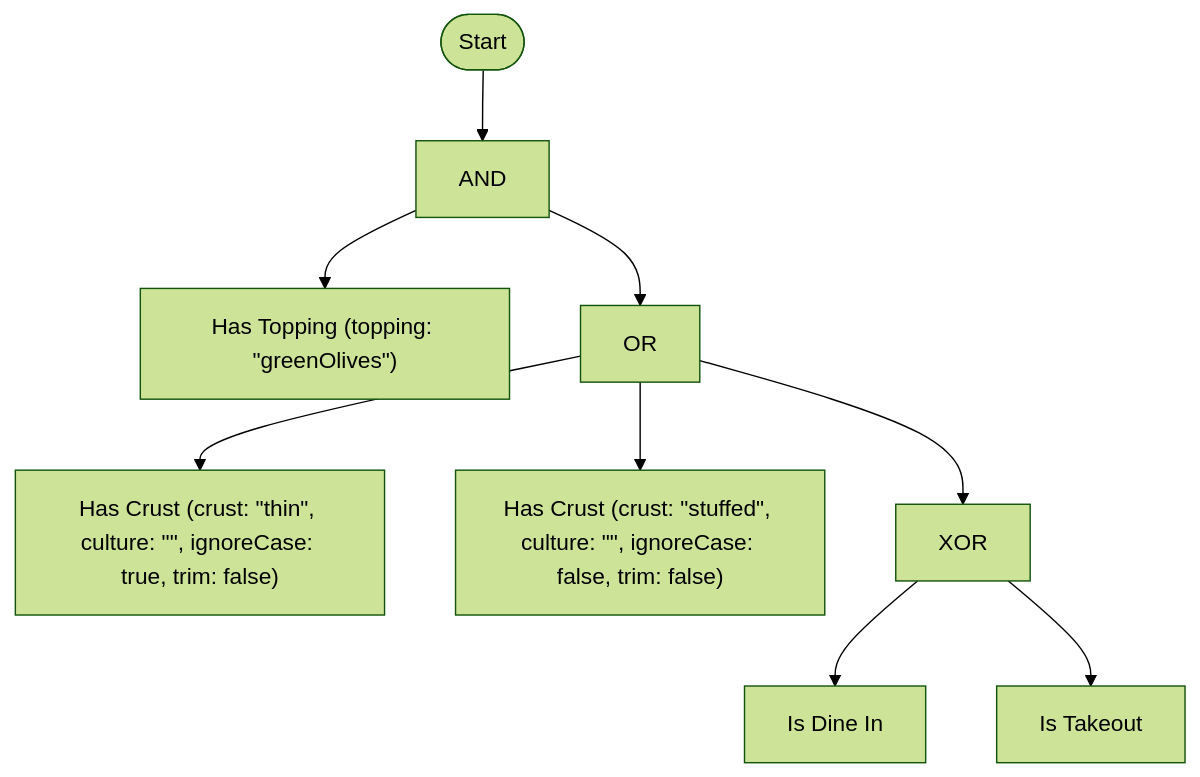
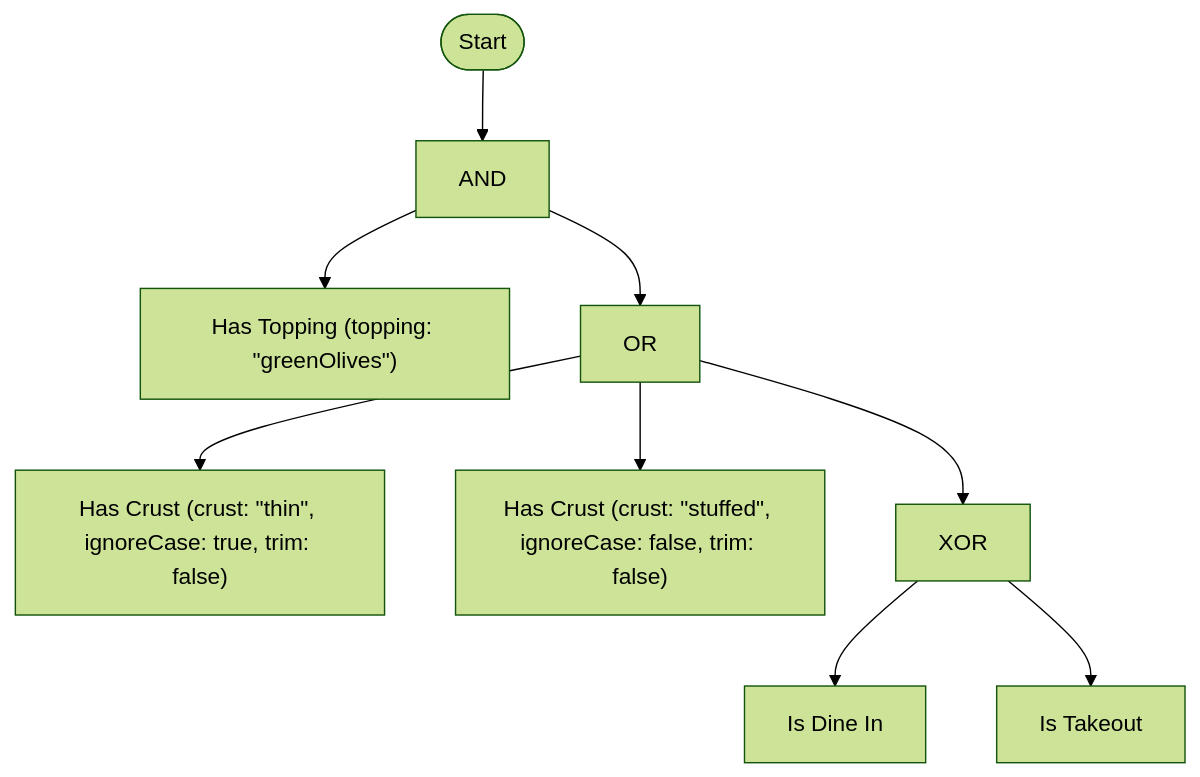
Before and after one commit to rheone/TruthWeaver: the third of 5 diagrams in README.md, drawn with Mermaid (forest theme). The commit also changed other lines of this file and 19 other files, not shown here.

````diff
--- a/README.md
+++ b/README.md
@@ -1505,19 +1511,19 @@
 ```mermaid
 flowchart TD
     Start(["Start"]) --> n0
     n0["AND"]
     n1["Has Topping (topping: #quot;greenOlives#quot;)"]
     n0 --> n1
     n2["OR"]
-    n3["Has Crust (crust: #quot;thin#quot;, culture: #quot;#quot;, ignoreCase: true, trim: false)"]
+    n3["Has Crust (crust: #quot;thin#quot;, ignoreCase: true, trim: false)"]
     n2 --> n3
-    n4["Has Crust (crust: #quot;stuffed#quot;, culture: #quot;#quot;, ignoreCase: false, trim: false)"]
+    n4["Has Crust (crust: #quot;stuffed#quot;, ignoreCase: false, trim: false)"]
     n2 --> n4
     n5["XOR"]
     n6["Is Dine In"]
     n5 --> n6
     n7["Is Takeout"]
     n5 --> n7
     n2 --> n5
     n0 --> n2
 ```
````
